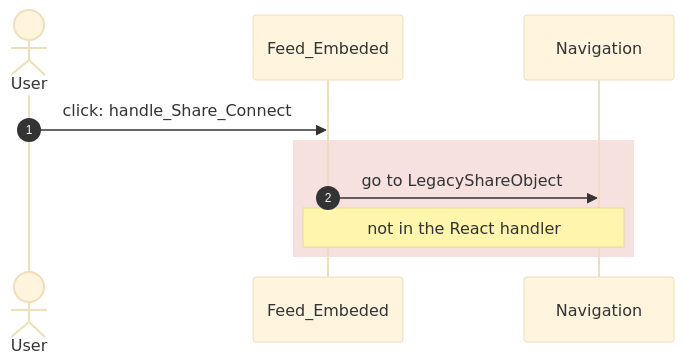
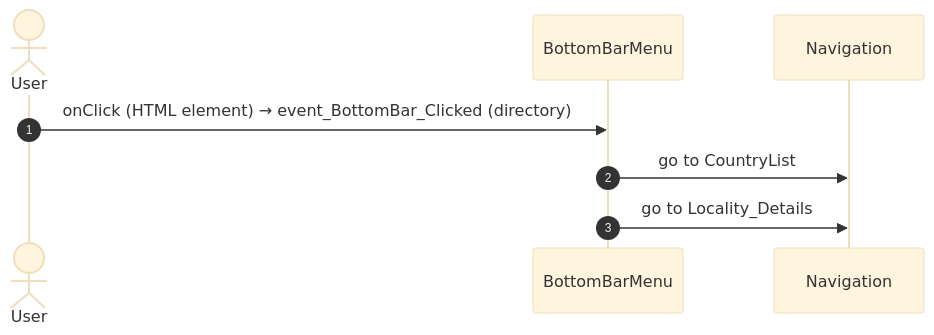
The third of 51 diagrams in migration/route-actions/HomeFeed.md (Phoenix-DX/connect-new-ui), drawn with Mermaid (base theme) before and after one commit. The commit also changed other lines of this file and 9 other files, not shown here.

Commit message:
route actions: facts only; user actions as two independent lists (OutSystems view bindings, React JSX bindings) with Mermaid sequences; factual call columns (direct caller, chains, React references); app shell by definition (survey shell, main.tsx code); constants read for React paths

````diff
--- a/migration/route-actions/HomeFeed.md
+++ b/migration/route-actions/HomeFeed.md
@@ -233,12 +209,10 @@
 ```mermaid
 sequenceDiagram
   autonumber
   actor U as User
-  participant B as Feed_Embeded
+  participant B as BottomBarMenu
   participant N as Navigation
-  U->>B: click: handle_Share_Connect
-  rect rgba(192, 57, 43, 0.15)
-  B->>N: go to LegacyShareObject
-  Note over B,N: not in the React handler
-  end
+  U->>B: onClick (HTML element) → event_BottomBar_Clicked (directory)
+  B->>N: go to CountryList
+  B->>N: go to Locality_Details
 ```
````
